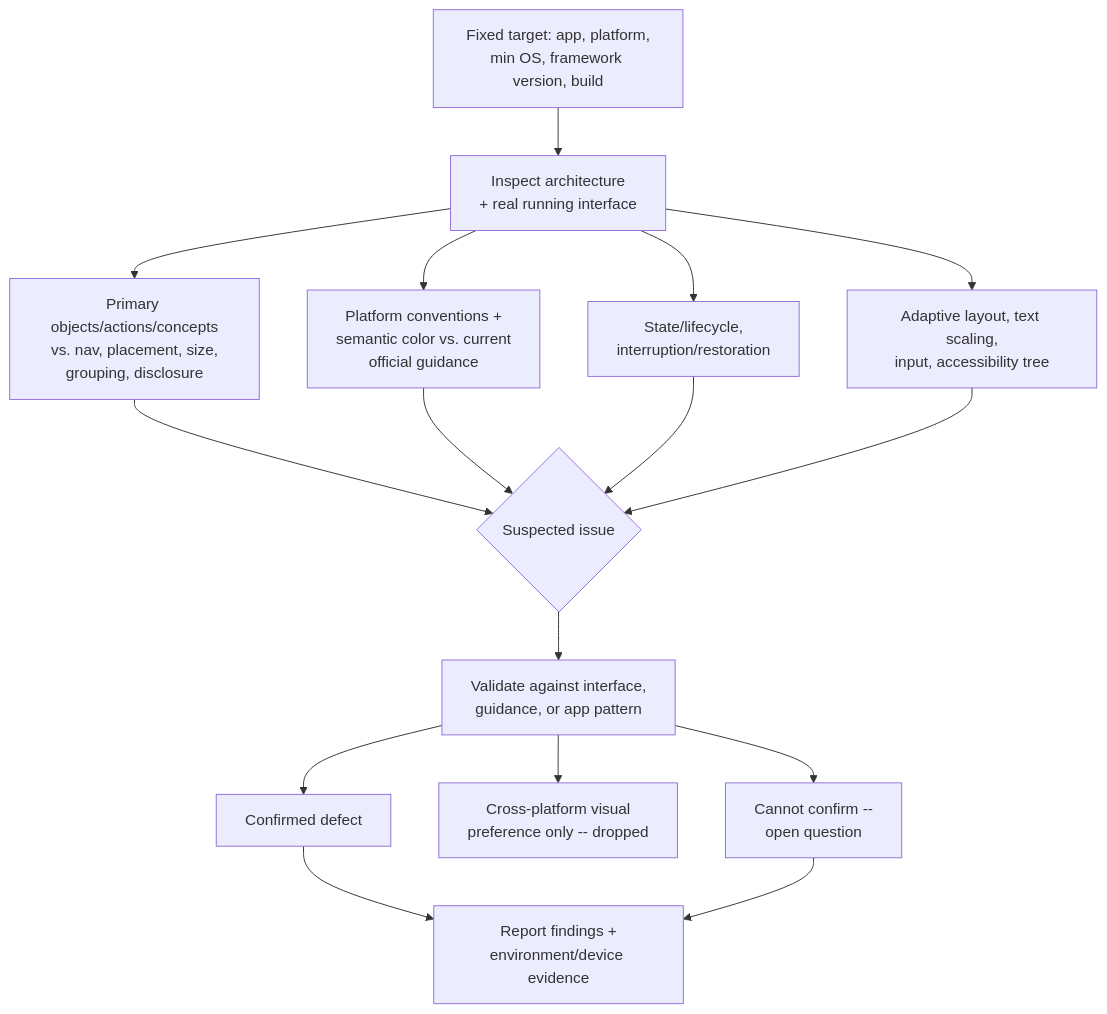
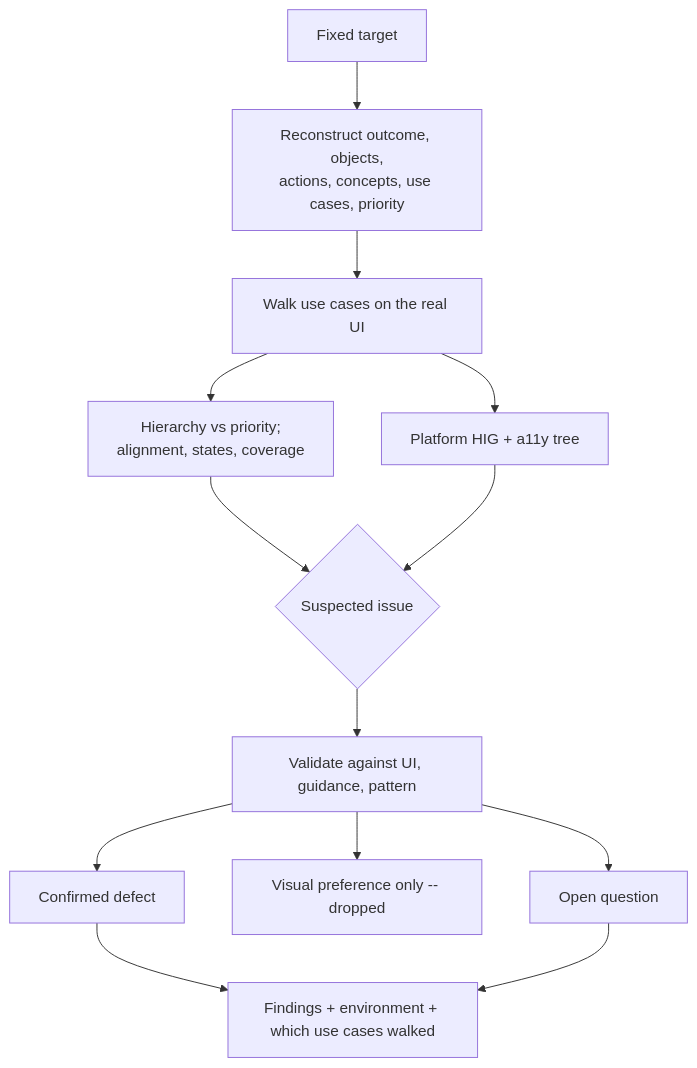
The diagram in skills/review-native-ui/SKILL.md (onehorizonai/directory), drawn with Mermaid before and after one commit. The commit also changed other lines of this file and 99 other files, not shown here.

````diff
--- a/skills/review-native-ui/SKILL.md
+++ b/skills/review-native-ui/SKILL.md
@@ -184,18 +145,15 @@
 ```mermaid
 flowchart TD
-  Start[Fixed target: app, platform,<br/>min OS, framework version, build] --> Inspect[Inspect architecture<br/>+ real running interface]
-  Inspect --> Priority[Primary objects/actions/concepts<br/>vs. nav, placement, size,<br/>grouping, disclosure]
-  Inspect --> Conventions[Platform conventions +<br/>semantic color vs. current<br/>official guidance]
-  Inspect --> State[State/lifecycle,<br/>interruption/restoration]
-  Inspect --> Access[Adaptive layout, text scaling,<br/>input, accessibility tree]
-  Priority --> Suspect{Suspected issue}
+  Start[Fixed target] --> Model[Reconstruct outcome, objects,<br/>actions, concepts, use cases, priority]
+  Model --> Walk[Walk use cases on the real UI]
+  Walk --> Structure[Hierarchy vs priority;<br/>alignment, states, coverage]
+  Walk --> Conventions[Platform HIG + a11y tree]
+  Structure --> Suspect{Suspected issue}
   Conventions --> Suspect
-  State --> Suspect
-  Access --> Suspect
-  Suspect --> Validate[Validate against interface,<br/>guidance, or app pattern]
+  Suspect --> Validate[Validate against UI, guidance, pattern]
   Validate --> Defect[Confirmed defect]
-  Validate --> Preference[Cross-platform visual<br/>preference only -- dropped]
-  Validate --> Question[Cannot confirm --<br/>open question]
-  Defect --> Report[Report findings +<br/>environment/device evidence]
+  Validate --> Preference[Visual preference only -- dropped]
+  Validate --> Question[Open question]
+  Defect --> Report[Findings + environment + which use cases walked]
   Question --> Report
 ```
````
